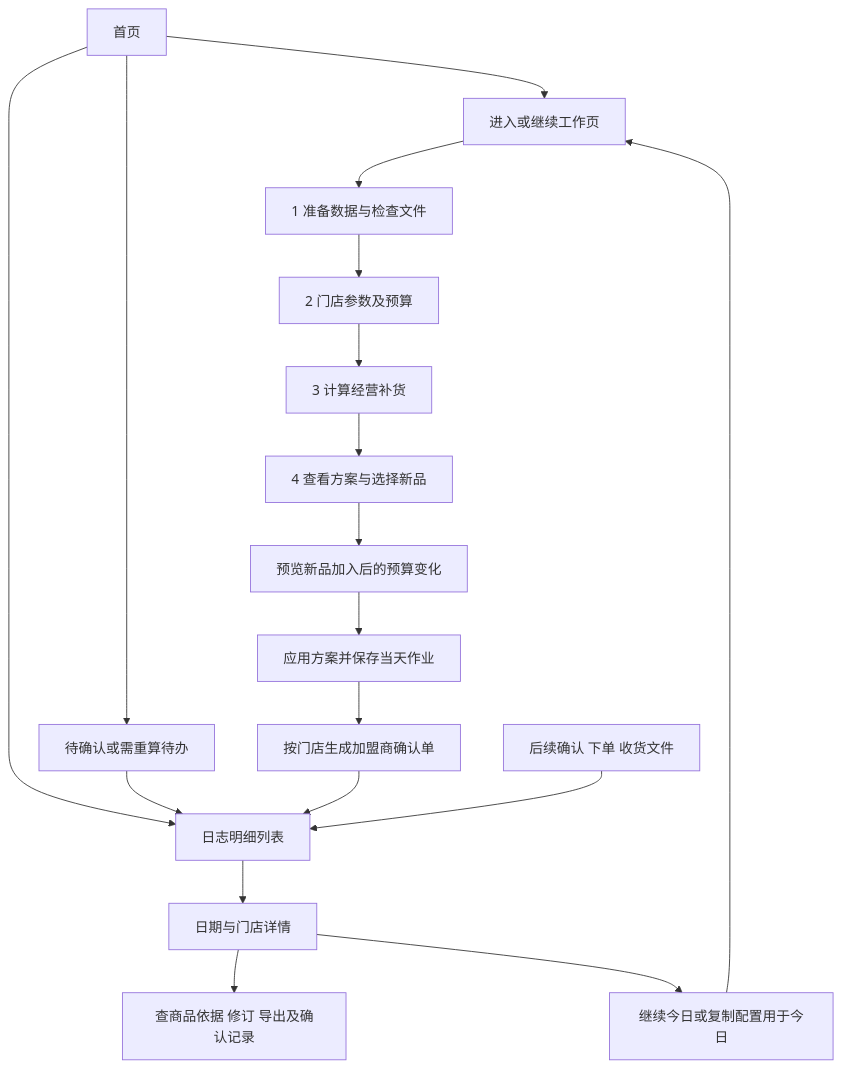
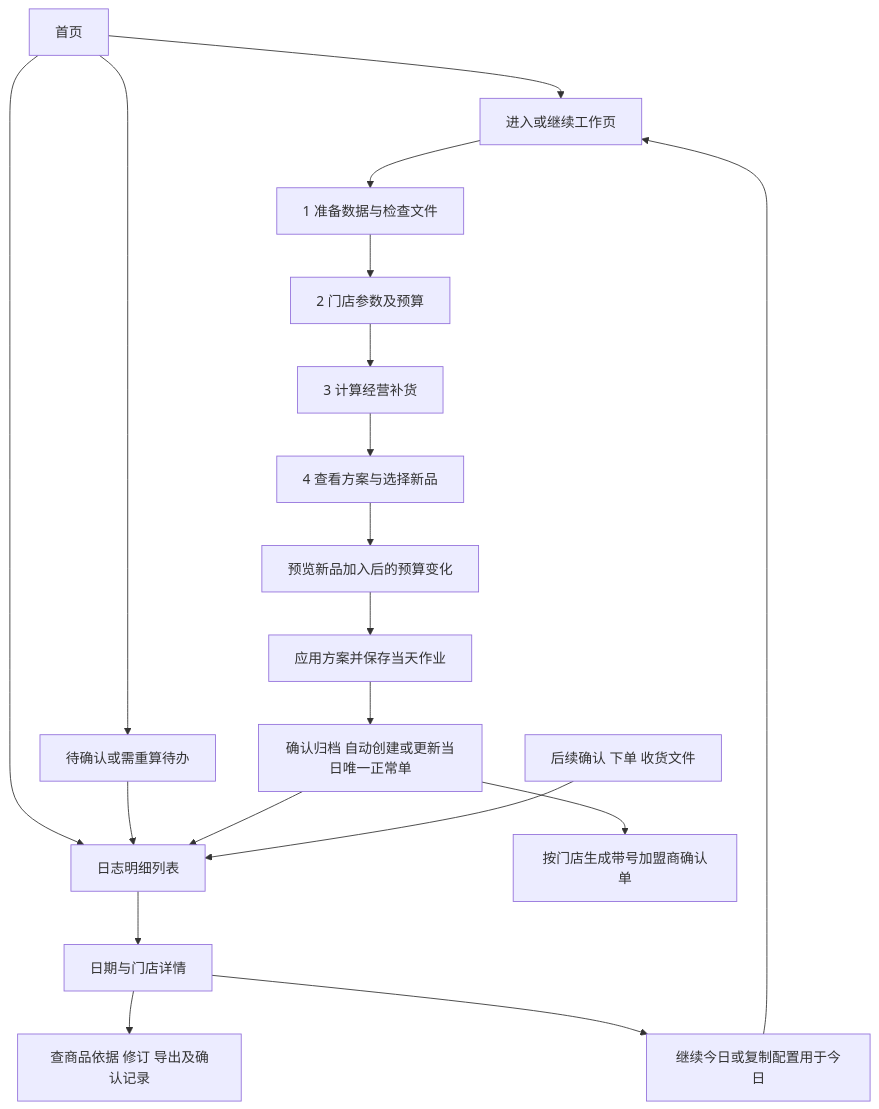
One commit to SakuraCulture/replenishment-assistant changed the diagram in docs/设计草案_首页日志新品与加盟商确认.md. Above: the diagram before and after it, drawn with Mermaid. The commit also changed other lines of this file and 1 other file, not shown here.

````diff
--- a/docs/设计草案_首页日志新品与加盟商确认.md
+++ b/docs/设计草案_首页日志新品与加盟商确认.md
@@ -45,20 +47,21 @@
 ```mermaid
 flowchart TD
   Home[首页] --> Work[进入或继续工作页]
   Home --> Logs[日志明细列表]
   Home --> Todo[待确认或需重算待办]
   Todo --> Logs
   Work --> Import[1 准备数据与检查文件]
   Import --> Settings[2 门店参数及预算]
   Settings --> Calc[3 计算经营补货]
   Calc --> Review[4 查看方案与选择新品]
   Review --> Preview[预览新品加入后的预算变化]
   Preview --> Apply[应用方案并保存当天作业]
-  Apply --> Export[按门店生成加盟商确认单]
-  Export --> Logs
+  Apply --> Archive[确认归档 自动创建或更新当日唯一正常单]
+  Archive --> Logs
+  Archive --> Export[按门店生成带号加盟商确认单]
   External[后续确认 下单 收货文件] --> Logs
   Logs --> Detail[日期与门店详情]
   Detail --> Trace[查商品依据 修订 导出及确认记录]
   Detail --> Continue[继续今日或复制配置用于今日]
   Continue --> Work
 ```
````
